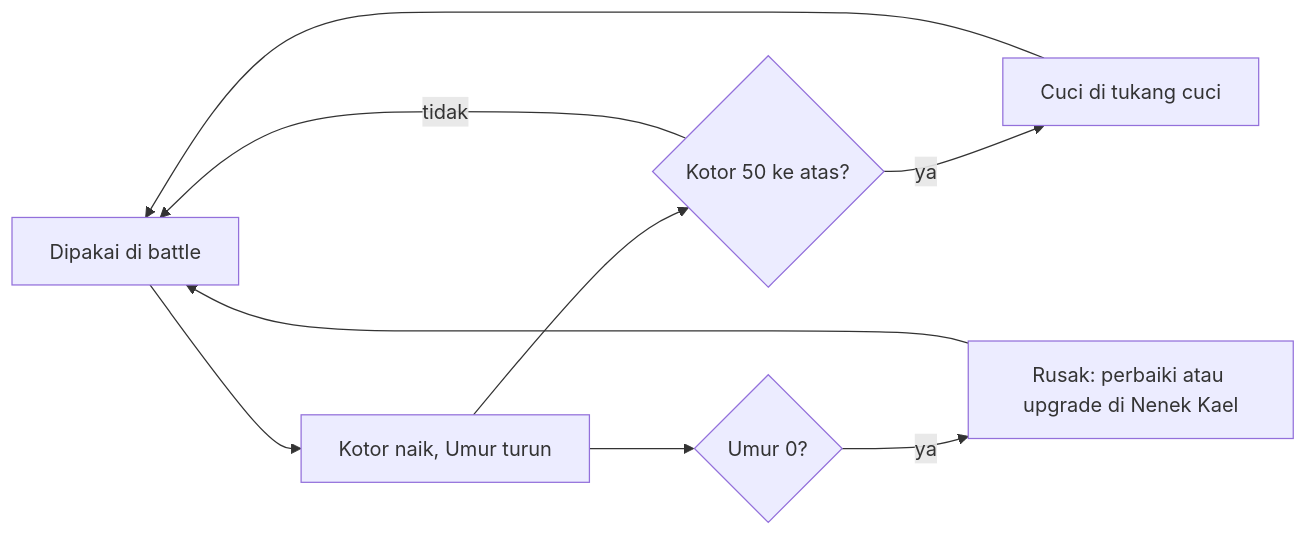
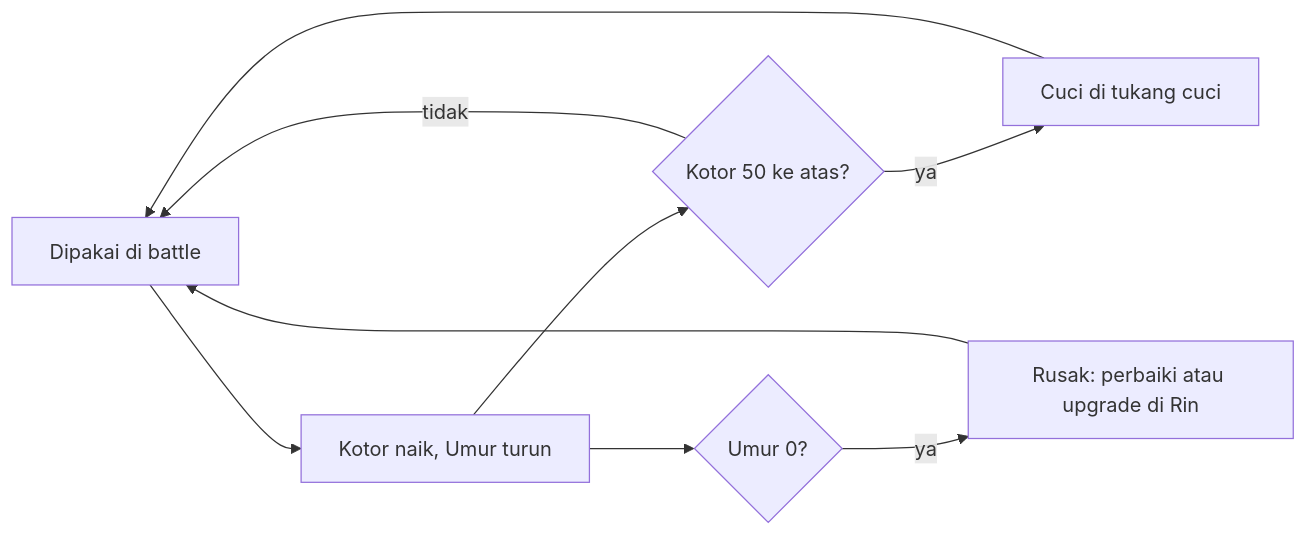
The diagram in docs/04-equipment.md (wendyrenzya/Recursio), drawn with Mermaid before and after one commit. The commit also changed other lines of this file and 7 other files, not shown here.

First line of the commit message:
Kota kecil: rumah minimalis beratap limas satu warna, jalan aspal bermarka, dialog dan huruf halus; Ibu Nino jadi Alisa (kakak Nino), Nenek Kael jadi Rin (ibu Kael)

````diff
--- a/docs/04-equipment.md
+++ b/docs/04-equipment.md
@@ -102,11 +102,11 @@
 ```mermaid
 flowchart LR
     A[Dipakai di battle] --> B[Kotor naik, Umur turun]
     B --> C{Kotor 50 ke atas?}
     C -- ya --> D[Cuci di tukang cuci]
     D --> A
     C -- tidak --> A
     B --> E{Umur 0?}
-    E -- ya --> F[Rusak: perbaiki atau upgrade di Nenek Kael]
+    E -- ya --> F[Rusak: perbaiki atau upgrade di Rin]
     F --> A
 ```
````
